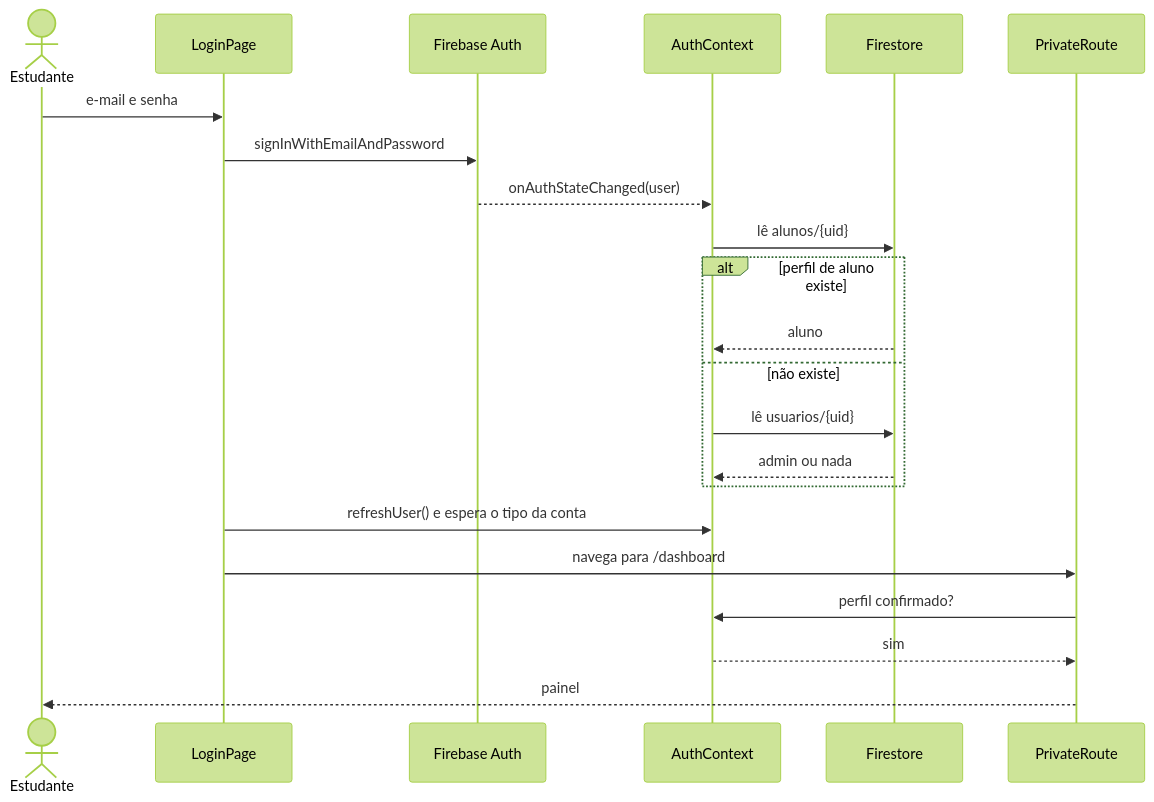
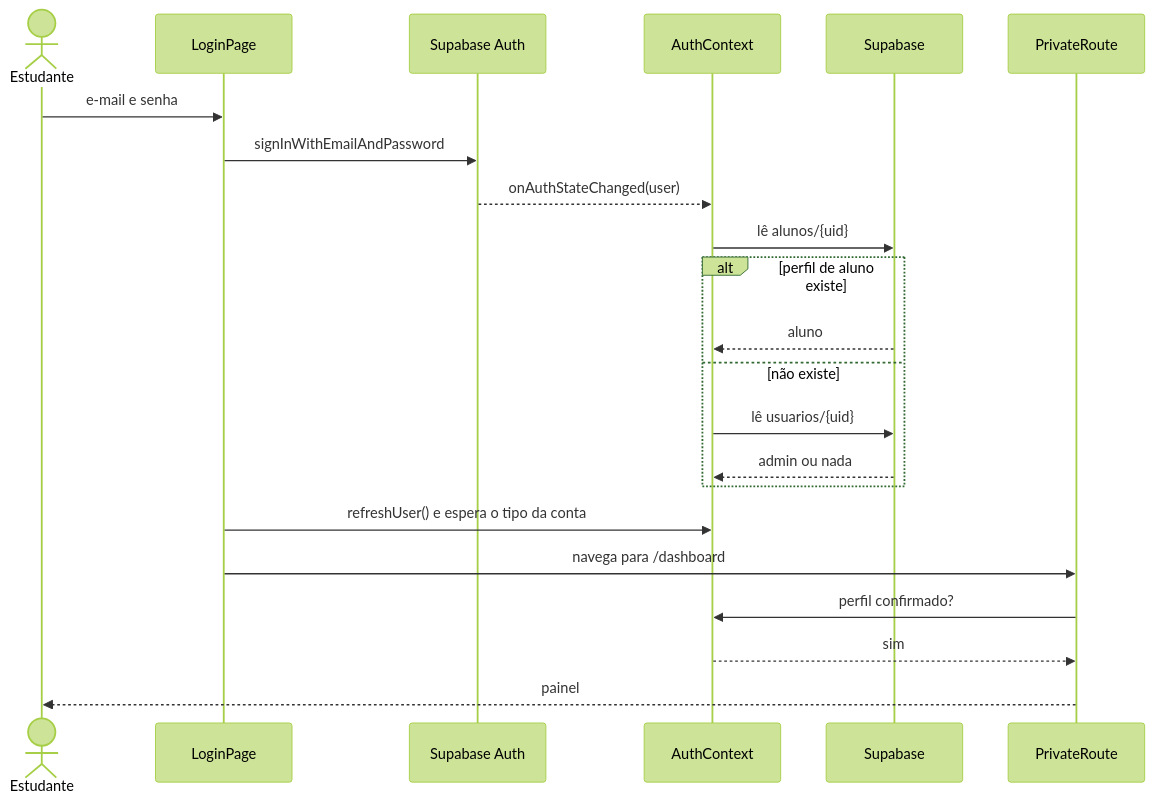
The second of 4 diagrams in README.md (DanielWallans/learnhub2.0), drawn with Mermaid (forest theme) before and after one commit. The commit also changed other lines of this file and 30 other files, not shown here.

First line of the commit message:
Migra do Firebase para o Supabase

````diff
--- a/README.md
+++ b/README.md
@@ -219,25 +221,25 @@
 ```mermaid
 sequenceDiagram
     actor E as Estudante
     participant L as LoginPage
-    participant FA as Firebase Auth
+    participant FA as Supabase Auth
     participant AC as AuthContext
-    participant FS as Firestore
+    participant FS as Supabase
     participant PR as PrivateRoute
 
     E->>L: e-mail e senha
     L->>FA: signInWithEmailAndPassword
     FA-->>AC: onAuthStateChanged(user)
     AC->>FS: lê alunos/{uid}
     alt perfil de aluno existe
         FS-->>AC: aluno
     else não existe
         AC->>FS: lê usuarios/{uid}
         FS-->>AC: admin ou nada
     end
     L->>AC: refreshUser() e espera o tipo da conta
     L->>PR: navega para /dashboard
     PR->>AC: perfil confirmado?
     AC-->>PR: sim
     PR-->>E: painel
 ```
````
